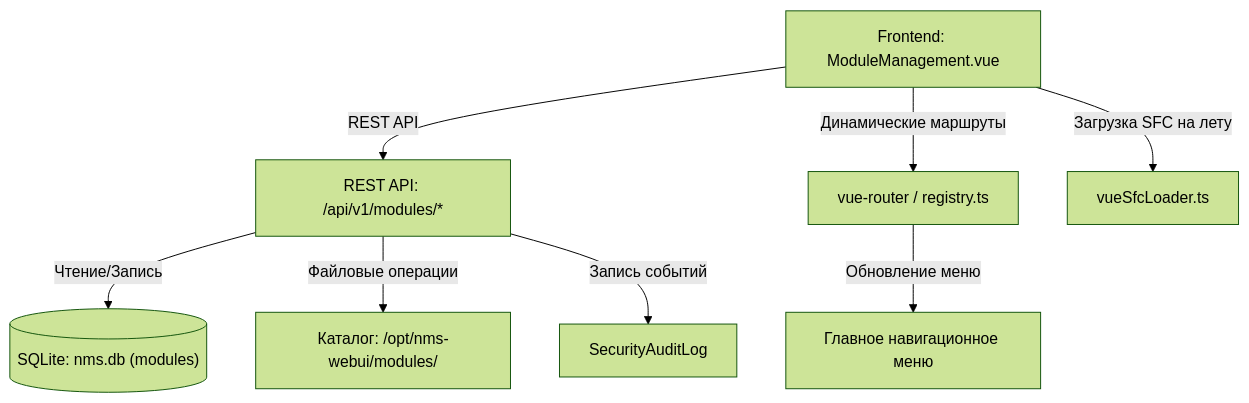
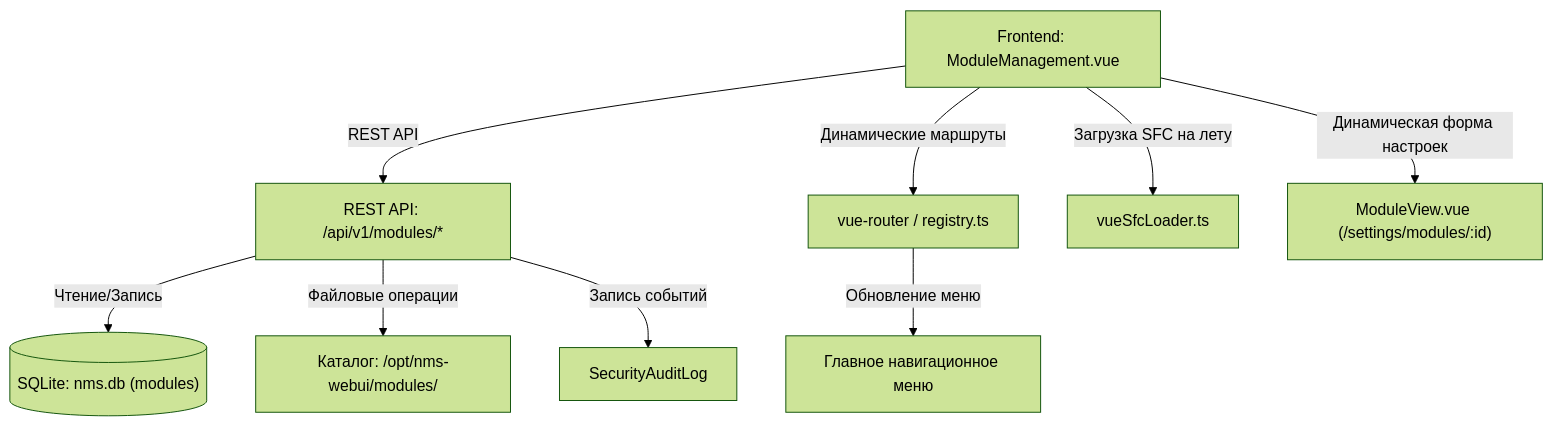
The diagram in docs/wiki/02-usage/02-modules-management.md (Apofixc/nms-webui), drawn with Mermaid (forest theme) before and after one commit. The commit also changed other lines of this file, not shown here.

Commit message:
docs: update modules management documentation for clarity and accuracy

````diff
--- a/docs/wiki/02-usage/02-modules-management.md
+++ b/docs/wiki/02-usage/02-modules-management.md
@@ -76,10 +92,11 @@
 ```mermaid
 graph TD
     UI["Frontend: ModuleManagement.vue"] -->|REST API| API["REST API: /api/v1/modules/*"]
     API -->|Чтение/Запись| DB[("SQLite: nms.db (modules)")]
     API -->|Файловые операции| FS["Каталог: /opt/nms-webui/modules/"]
     API -->|Запись событий| Audit["SecurityAuditLog"]
     UI -->|Динамические маршруты| Router["vue-router / registry.ts"]
     UI -->|Загрузка SFC на лету| Loader["vueSfcLoader.ts"]
+    UI -->|Динамическая форма настроек| ModView["ModuleView.vue (/settings/modules/:id)"]
     Router -->|Обновление меню| SideBar["Главное навигационное меню"]
 ```
````
